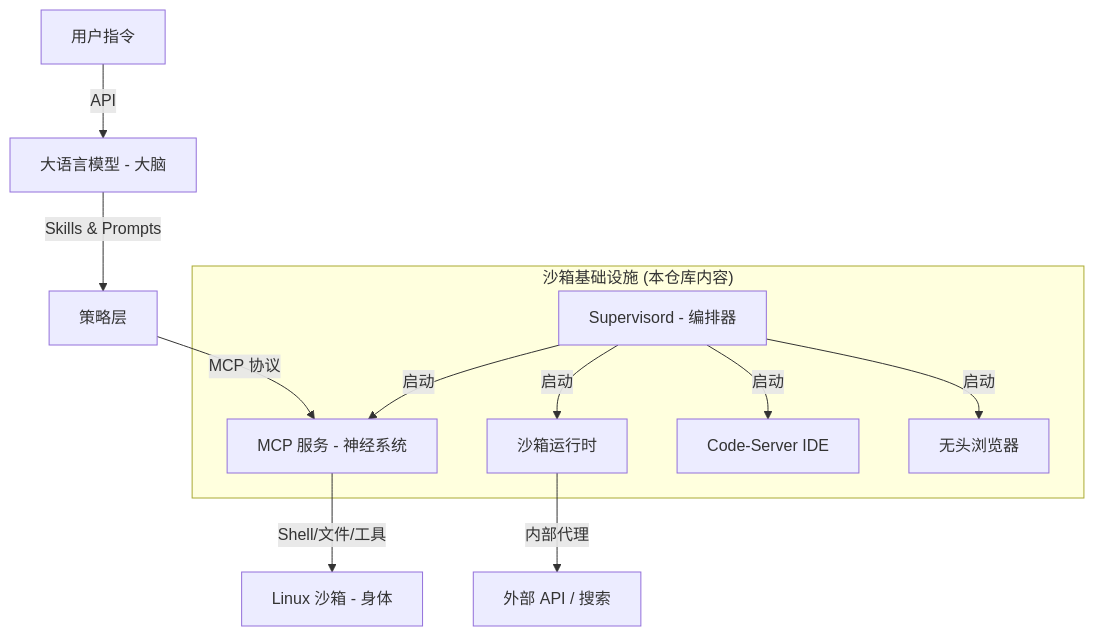
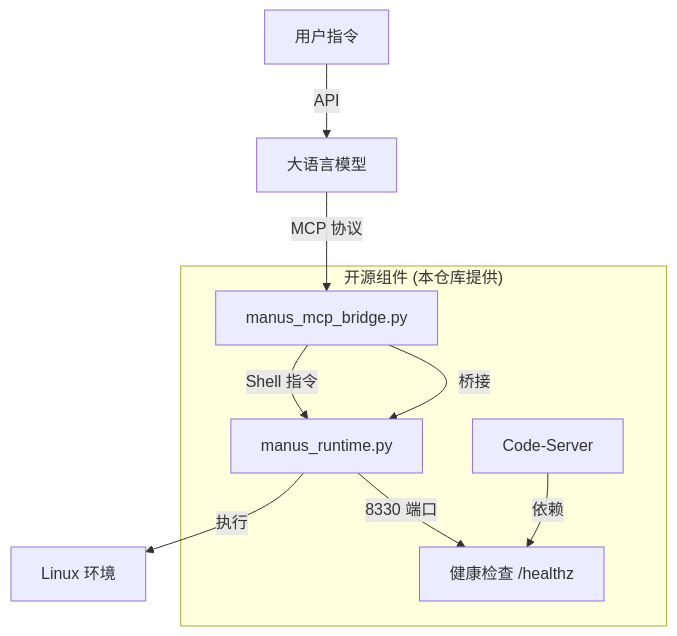
The diagram in README_CN.md (ctz168/manusagent), drawn with Mermaid before and after one commit. The commit also changed other lines of this file and 2 other files, not shown here.

Commit message:
Open source overhaul: replaced proprietary binaries with full Python source code (manus_runtime.py, manus_mcp_bridge.py)

````diff
--- a/README_CN.md
+++ b/README_CN.md
@@ -11,16 +9,13 @@
 ```mermaid
 graph TD
-    User[用户指令] -->|API| LLM[大语言模型 - 大脑]
-    LLM -->|Skills & Prompts| Strategy[策略层]
-    Strategy -->|MCP 协议| MCP[MCP 服务 - 神经系统]
-    MCP -->|Shell/文件/工具| Sandbox[Linux 沙箱 - 身体]
+    User[用户指令] -->|API| LLM[大语言模型]
+    LLM -->|MCP 协议| MCP[manus_mcp_bridge.py]
+    MCP -->|Shell 指令| Runtime[manus_runtime.py]
+    Runtime -->|执行| Sandbox[Linux 环境]
     
-    subgraph "沙箱基础设施 (本仓库内容)"
-        Supervisor[Supervisord - 编排器] -->|启动| Runtime[沙箱运行时]
-        Supervisor -->|启动| MCP
-        Supervisor -->|启动| IDE[Code-Server IDE]
-        Supervisor -->|启动| Browser[无头浏览器]
+    subgraph "开源组件 (本仓库提供)"
+        Runtime -->|8330 端口| Health[健康检查 /healthz]
+        MCP -->|桥接| Runtime
+        IDE[Code-Server] -->|依赖| Health
     end
-    
-    Runtime -->|内部代理| ExtAPI[外部 API / 搜索]
 ```
````
